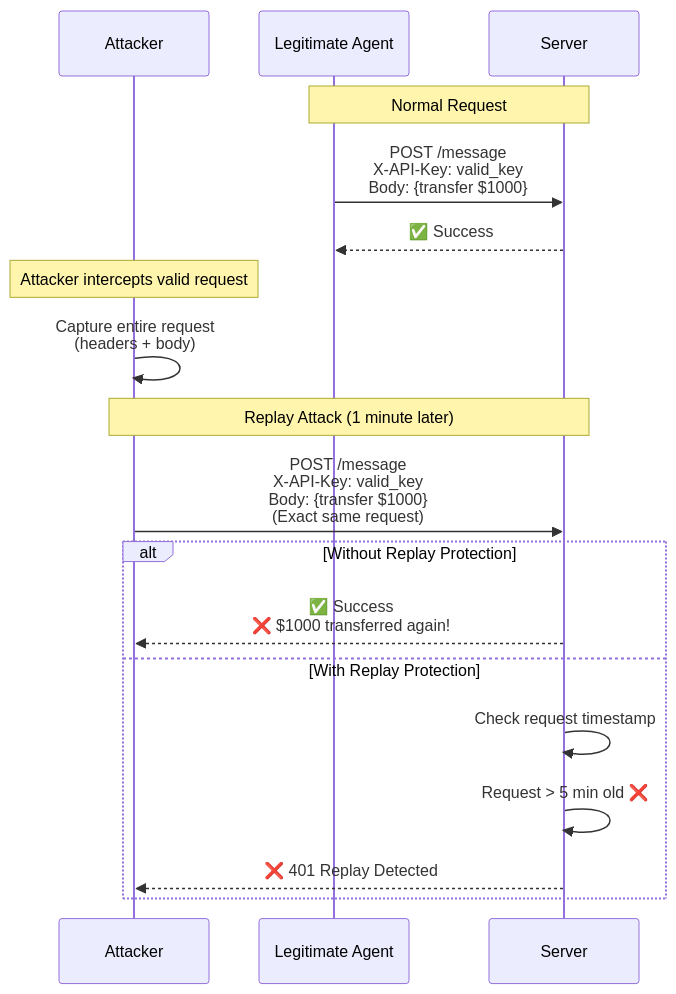
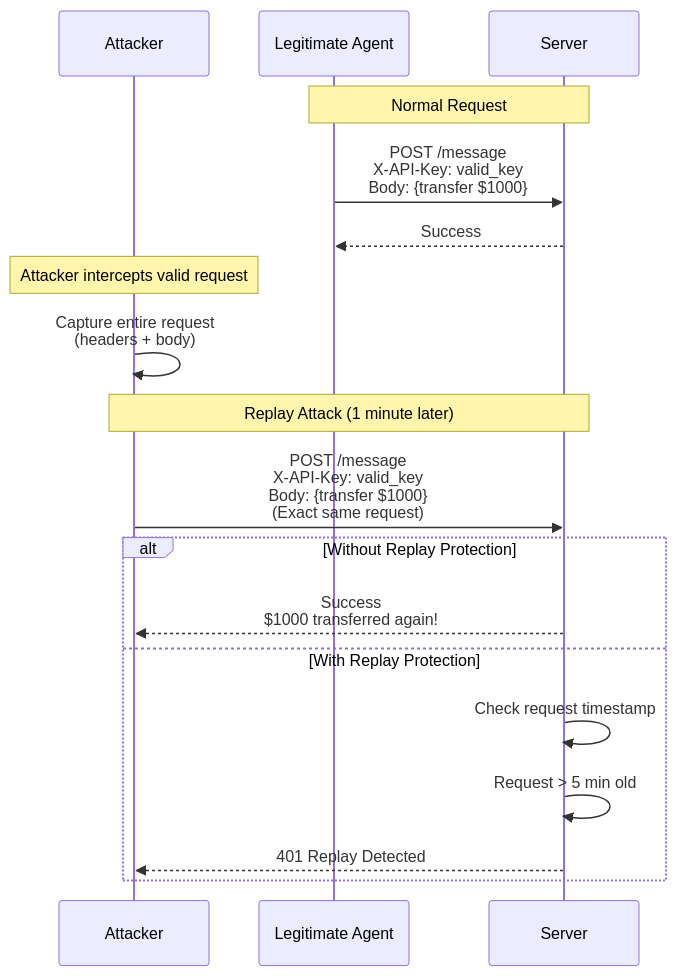
The tenth of 13 diagrams in A2A_PROTOCOL_SECURITY_TECHNICAL.md (jaafar-benabderrazak/ca_a2a), drawn with Mermaid before and after one commit. The commit also changed other lines of this file and 19 other files, not shown here.

````diff
--- a/A2A_PROTOCOL_SECURITY_TECHNICAL.md
+++ b/A2A_PROTOCOL_SECURITY_TECHNICAL.md
@@ -1034,24 +1034,24 @@
 ```mermaid
 sequenceDiagram
-    participant Attacker
-    participant Victim as Legitimate Agent
-    participant Server
-    
-    Note over Victim,Server: Normal Request
-    Victim->>Server: POST /message<br/>X-API-Key: valid_key<br/>Body: {transfer $1000}
-    Server-->>Victim: ✅ Success
-    
-    Note over Attacker: Attacker intercepts valid request
-    Attacker->>Attacker: Capture entire request<br/>(headers + body)
-    
-    Note over Attacker,Server: Replay Attack (1 minute later)
-    Attacker->>Server: POST /message<br/>X-API-Key: valid_key<br/>Body: {transfer $1000}<br/>(Exact same request)
-    
-    alt Without Replay Protection
-        Server-->>Attacker: ✅ Success<br/>❌ $1000 transferred again!
-    else With Replay Protection
-        Server->>Server: Check request timestamp
-        Server->>Server: Request > 5 min old ❌
-        Server-->>Attacker: ❌ 401 Replay Detected
-    end
+ participant Attacker
+ participant Victim as Legitimate Agent
+ participant Server
+ 
+ Note over Victim,Server: Normal Request
+ Victim->>Server: POST /message<br/>X-API-Key: valid_key<br/>Body: {transfer $1000}
+ Server-->>Victim: Success
+ 
+ Note over Attacker: Attacker intercepts valid request
+ Attacker->>Attacker: Capture entire request<br/>(headers + body)
+ 
+ Note over Attacker,Server: Replay Attack (1 minute later)
+ Attacker->>Server: POST /message<br/>X-API-Key: valid_key<br/>Body: {transfer $1000}<br/>(Exact same request)
+ 
+ alt Without Replay Protection
+ Server-->>Attacker: Success<br/> $1000 transferred again!
+ else With Replay Protection
+ Server->>Server: Check request timestamp
+ Server->>Server: Request > 5 min old 
+ Server-->>Attacker: 401 Replay Detected
+ end
 ```
````
